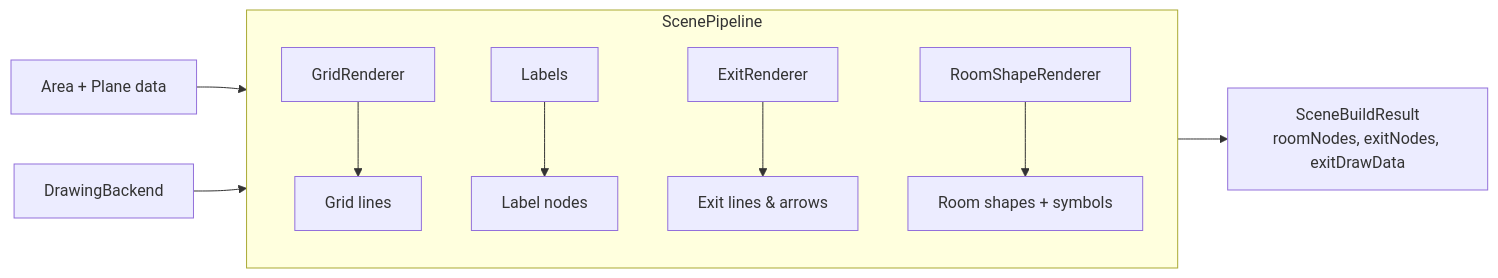
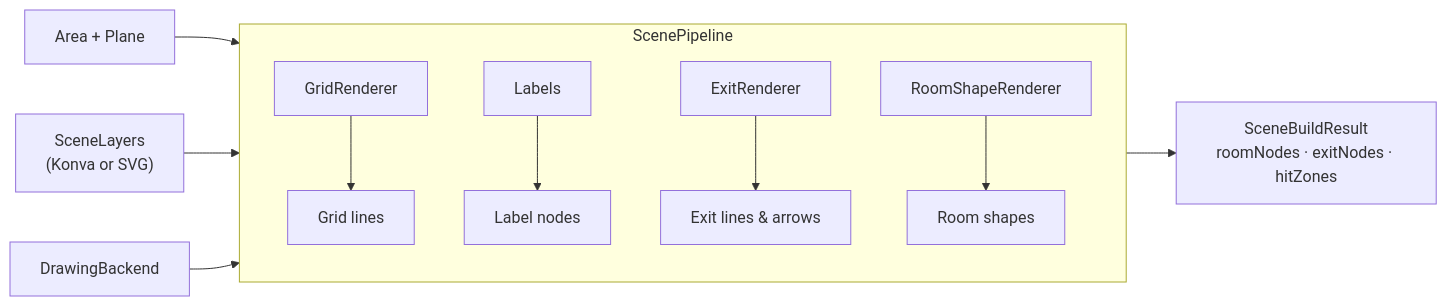
The ninth of 12 diagrams in docs/architecture.md (Delwing/mudlet-map-renderer), drawn with Mermaid before and after one commit. The commit also changed other lines of this file, not shown here.

Commit message:
Update architecture.md to reflect unified renderer refactor

````diff
--- a/docs/architecture.md
+++ b/docs/architecture.md
@@ -302,14 +275,15 @@
 ```mermaid
 flowchart LR
     subgraph ScenePipeline
         direction TB
         G[GridRenderer] --> Grid[Grid lines]
         L[Labels] --> LB[Label nodes]
         E[ExitRenderer] --> EX[Exit lines & arrows]
-        R[RoomShapeRenderer] --> RM[Room shapes + symbols]
+        R[RoomShapeRenderer] --> RM[Room shapes]
     end
 
-    Area["Area + Plane data"] --> ScenePipeline
-    DB["DrawingBackend"] --> ScenePipeline
-    ScenePipeline --> Result["SceneBuildResult<br/>roomNodes, exitNodes, exitDrawData"]
+    Area["Area + Plane"] --> ScenePipeline
+    Layers["SceneLayers<br/>(Konva or SVG)"] --> ScenePipeline
+    Backend["DrawingBackend"] --> ScenePipeline
+    ScenePipeline --> Result["SceneBuildResult<br/>roomNodes · exitNodes · hitZones"]
 ```
````
